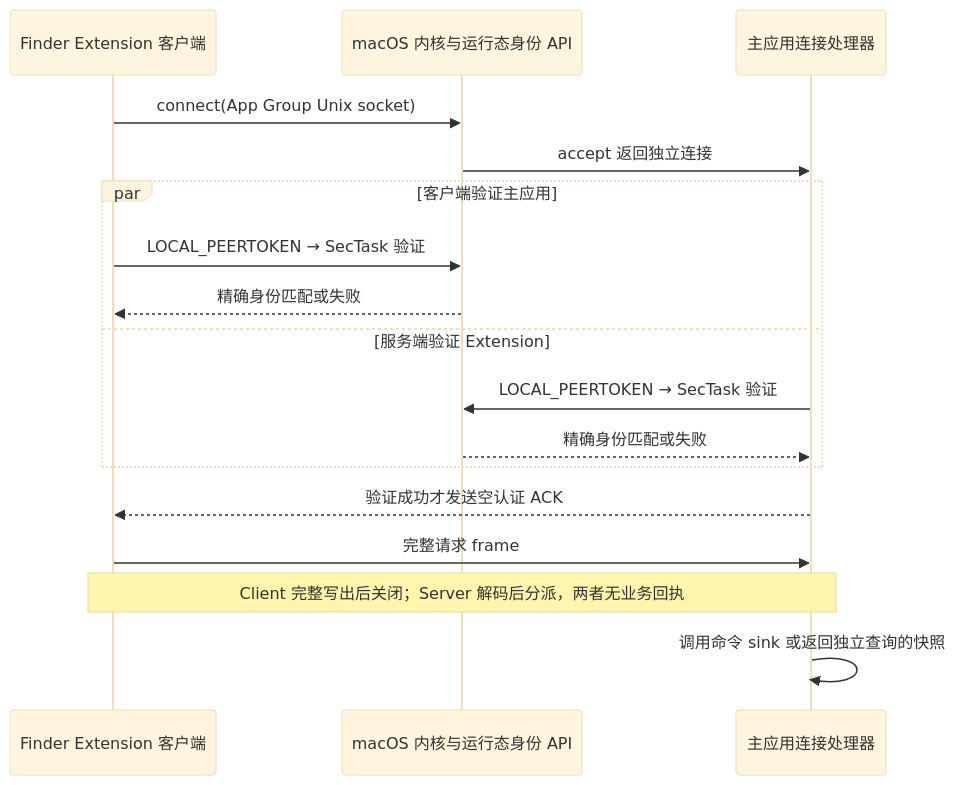
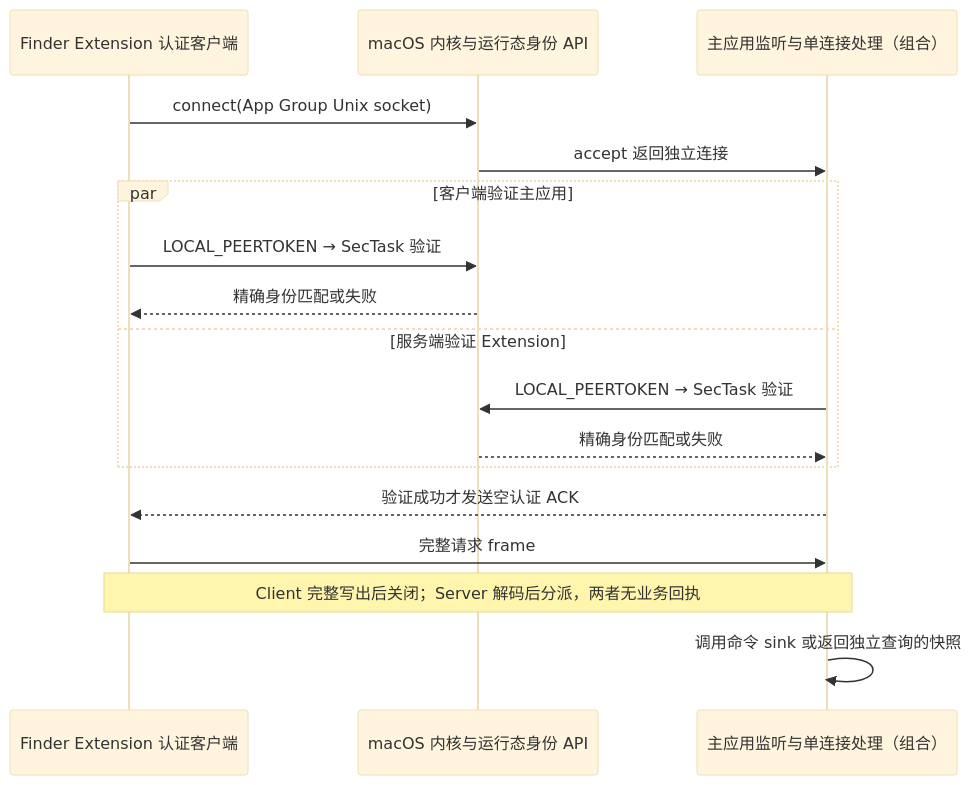
One commit to tlb-22/mac-tool-ecmenu changed the diagram in spec/Technical/Runtime/IPC.md. Above: the diagram before and after it, drawn with Mermaid (base theme). The commit also changed other lines of this file and 38 other files, not shown here.

````diff
--- a/spec/Technical/Runtime/IPC.md
+++ b/spec/Technical/Runtime/IPC.md
@@ -9,19 +9,19 @@
 ```mermaid
 sequenceDiagram
-    participant C as Finder Extension 客户端
+    participant C as Finder Extension 认证客户端
     participant K as macOS 内核与运行态身份 API
-    participant S as 主应用连接处理器
+    participant S as 主应用监听与单连接处理（组合）
     C->>K: connect(App Group Unix socket)
     K->>S: accept 返回独立连接
     par 客户端验证主应用
         C->>K: LOCAL_PEERTOKEN → SecTask 验证
         K-->>C: 精确身份匹配或失败
     and 服务端验证 Extension
         S->>K: LOCAL_PEERTOKEN → SecTask 验证
         K-->>S: 精确身份匹配或失败
     end
     S-->>C: 验证成功才发送空认证 ACK
     C->>S: 完整请求 frame
     Note over C,S: Client 完整写出后关闭；Server 解码后分派，两者无业务回执
     S->>S: 调用命令 sink 或返回独立查询的快照
 ```
````
